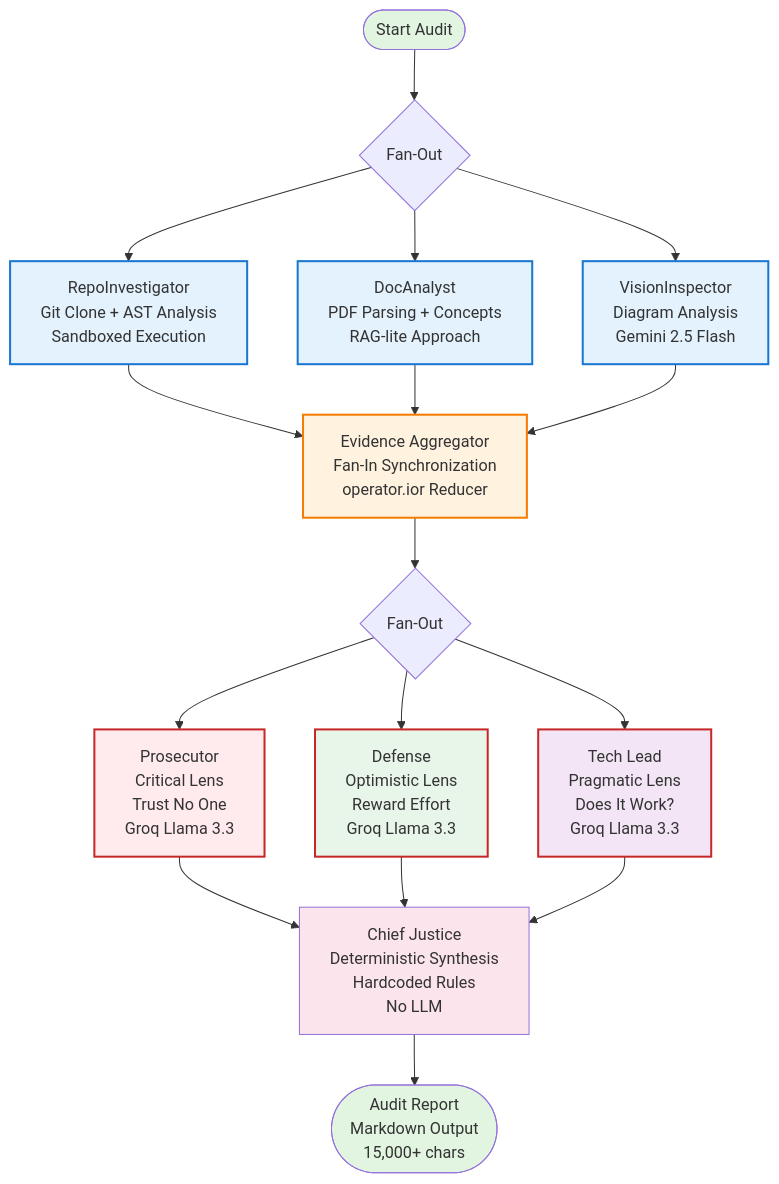
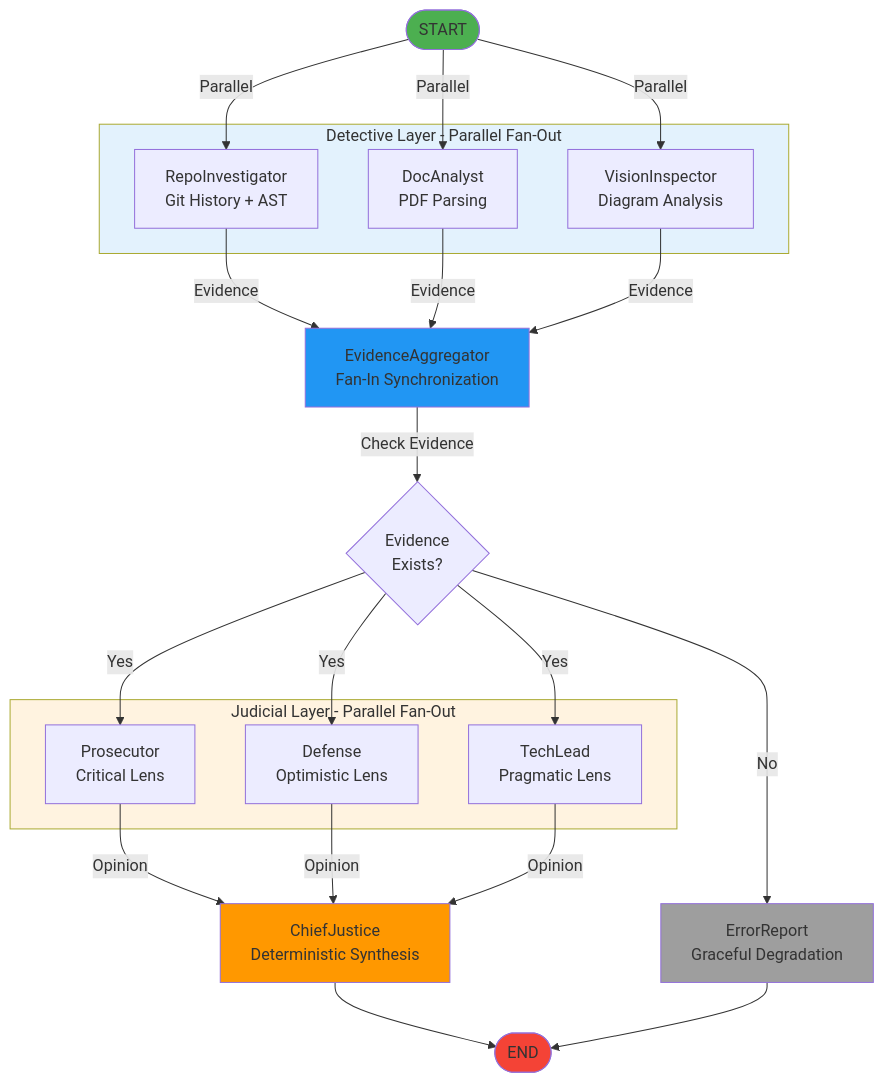
The diagram in automatoin-auditor/reports/architecture_diagram.mmd (IbnuEyni/10Acweek2), drawn with Mermaid before and after one commit. The commit also changed other lines of this file and 4 other files, not shown here.

First line of the commit message:
Fix peer feedback issues: hallucinated paths + add architecture diagrams

````diff
--- a/automatoin-auditor/reports/architecture_diagram.mmd
+++ b/automatoin-auditor/reports/architecture_diagram.mmd
@@ -1,43 +1,51 @@
 ```mermaid
 graph TB
-    Start([Start Audit]) --> FanOut1{Fan-Out}
+    START([START])
     
-    FanOut1 --> Repo[ RepoInvestigator<br/>Git Clone + AST Analysis<br/>Sandboxed Execution]
-    FanOut1 --> Doc[ DocAnalyst<br/>PDF Parsing + Concepts<br/>RAG-lite Approach]
-    FanOut1 --> Vision[ VisionInspector<br/>Diagram Analysis<br/>Gemini 2.5 Flash]
+    subgraph Detective_Layer[Detective Layer - Parallel Fan-Out]
+        D1[RepoInvestigator<br/>Git History + AST]
+        D2[DocAnalyst<br/>PDF Parsing]
+        D3[VisionInspector<br/>Diagram Analysis]
+    end
     
-    Repo --> Agg[Evidence Aggregator<br/>Fan-In Synchronization<br/>operator.ior Reducer]
-    Doc --> Agg
-    Vision --> Agg
+    AGG[EvidenceAggregator<br/>Fan-In Synchronization]
     
-    Agg --> FanOut2{Fan-Out}
+    subgraph Judicial_Layer[Judicial Layer - Parallel Fan-Out]
+        J1[Prosecutor<br/>Critical Lens]
+        J2[Defense<br/>Optimistic Lens]
+        J3[TechLead<br/>Pragmatic Lens]
+    end
     
-    FanOut2 --> Pros[ Prosecutor<br/>Critical Lens<br/>Trust No One<br/>Groq Llama 3.3]
-    FanOut2 --> Def[ Defense<br/>Optimistic Lens<br/>Reward Effort<br/>Groq Llama 3.3]
-    FanOut2 --> Tech[ Tech Lead<br/>Pragmatic Lens<br/>Does It Work?<br/>Groq Llama 3.3]
+    CJ[ChiefJustice<br/>Deterministic Synthesis]
+    END([END])
+    ERROR[ErrorReport<br/>Graceful Degradation]
     
-    Pros --> CJ[ Chief Justice<br/>Deterministic Synthesis<br/>Hardcoded Rules<br/>No LLM]
-    Def --> CJ
-    Tech --> CJ
+    START -->|Parallel| D1
+    START -->|Parallel| D2
+    START -->|Parallel| D3
     
-    CJ --> Report([ Audit Report<br/>Markdown Output<br/>15,000+ chars])
+    D1 -->|Evidence| AGG
+    D2 -->|Evidence| AGG
+    D3 -->|Evidence| AGG
     
-    style Start fill:#e1f5e1
-    style Repo fill:#e3f2fd
-    style Doc fill:#e3f2fd
-    style Vision fill:#e3f2fd
-    style Agg fill:#fff3e0
-    style Pros fill:#ffebee
-    style Def fill:#e8f5e9
-    style Tech fill:#f3e5f5
-    style CJ fill:#fce4ec
-    style Report fill:#e1f5e1
+    AGG -->|Check Evidence| COND{Evidence<br/>Exists?}
+    COND -->|Yes| J1
+    COND -->|Yes| J2
+    COND -->|Yes| J3
+    COND -->|No| ERROR
     
-    classDef detective fill:#e3f2fd,stroke:#1976d2,stroke-width:2px
-    classDef judge fill:#ffebee,stroke:#c62828,stroke-width:2px
-    classDef aggregator fill:#fff3e0,stroke:#f57c00,stroke-width:2px
+    J1 -->|Opinion| CJ
+    J2 -->|Opinion| CJ
+    J3 -->|Opinion| CJ
     
-    class Repo,Doc,Vision detective
-    class Pros,Def,Tech judge
-    class Agg aggregator
+    CJ --> END
+    ERROR --> END
+    
+    style START fill:#4CAF50
+    style END fill:#F44336
+    style AGG fill:#2196F3
+    style CJ fill:#FF9800
+    style ERROR fill:#9E9E9E
+    style Detective_Layer fill:#E3F2FD
+    style Judicial_Layer fill:#FFF3E0
 ```
````
